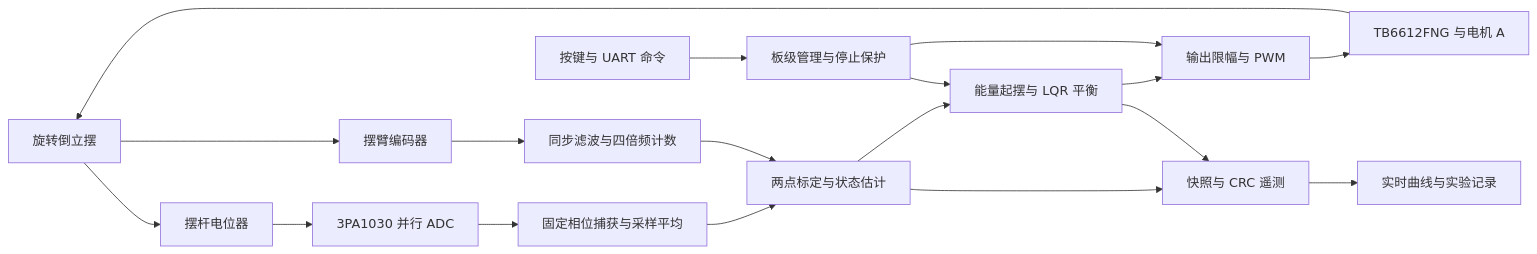
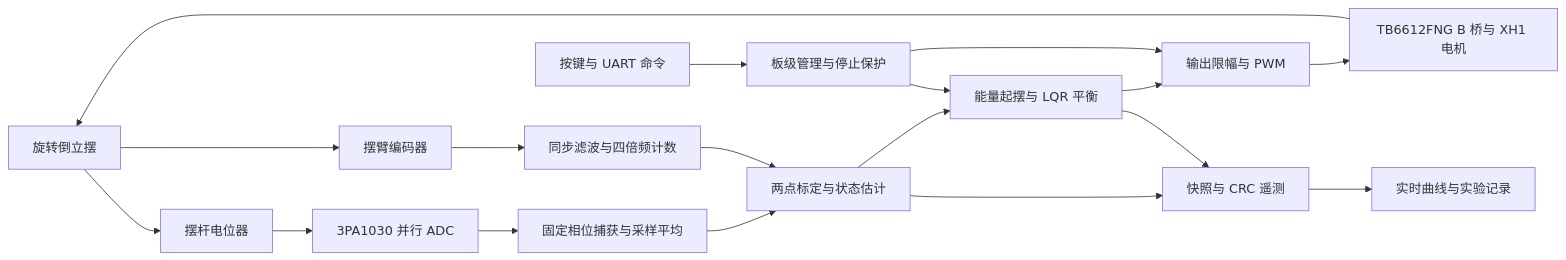
Before and after one commit to luoyuwushen/Attitude_Control: the diagram in README.md, drawn with Mermaid. The commit also changed other lines of this file and 148 other files, not shown here.

````diff
--- a/README.md
+++ b/README.md
@@ -24,20 +30,20 @@
 ```mermaid
 flowchart LR
     PLANT[旋转倒立摆] --> POT[摆杆电位器]
     POT --> ADC[3PA1030 并行 ADC]
     ADC --> SAMPLE[固定相位捕获与采样平均]
     PLANT --> ENC[摆臂编码器]
     ENC --> QUAD[同步滤波与四倍频计数]
     SAMPLE --> EST[两点标定与状态估计]
     QUAD --> EST
     EST --> CTRL[能量起摆与 LQR 平衡]
     CTRL --> PWM[输出限幅与 PWM]
-    PWM --> MOTOR[TB6612FNG 与电机 A]
+    PWM --> MOTOR[TB6612FNG B 桥与 XH1 电机]
     MOTOR --> PLANT
     KEY[按键与 UART 命令] --> TOP[板级管理与停止保护]
     TOP --> CTRL
     TOP --> PWM
     EST --> TEL[快照与 CRC 遥测]
     CTRL --> TEL
     TEL --> PC[实时曲线与实验记录]
 ```
````
